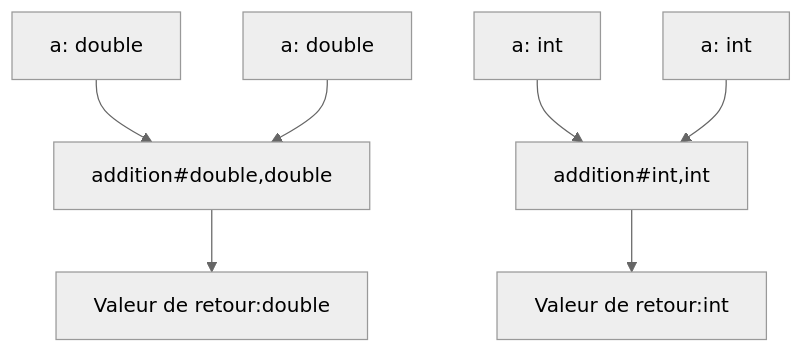
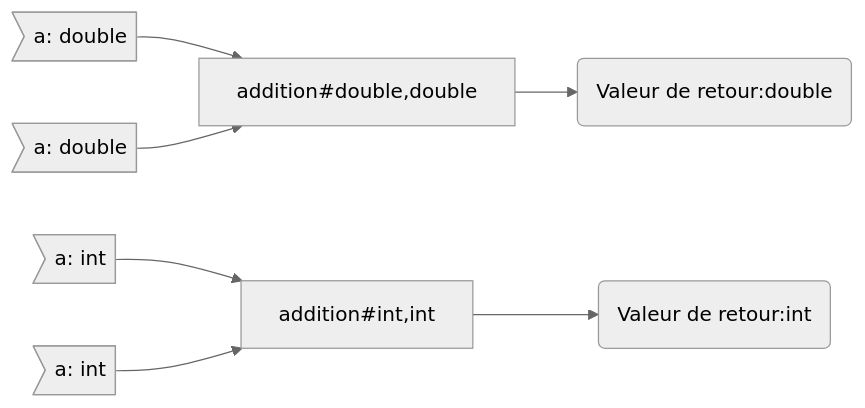
One commit to Altaks/Cours-IUT changed the diagram in DEV/2. Les fonctions/3. La surcharge de fonction.md. Above: the diagram before and after it, drawn with Mermaid (neutral theme). The commit also changed other lines of this file and 31 other files, not shown here.

````diff
--- a/DEV/2. Les fonctions/3. La surcharge de fonction.md
+++ b/DEV/2. Les fonctions/3. La surcharge de fonction.md
@@ -15,17 +32,17 @@
 ```mermaid
-graph TD
+graph LR
 
-    A[a: double]-->C[addition#double,double]
+    A>a: double]-->C[addition#double,double]
 
-    B[a: double]-->C[addition#double,double]
+    B>a: double]-->C[addition#double,double]
 
-    C[addition#double,double]-->D[Valeur de retour:double]
+    C[addition#double,double]-->D(Valeur de retour:double)
 
   
 
-    a[a: int]-->c[addition#int,int]
+    a>a: int]-->c[addition#int,int]
 
-    b[a: int]-->c[addition#int,int]
+    b>a: int]-->c[addition#int,int]
 
-    c[addition#int,int]-->d[Valeur de retour:int]
+    c[addition#int,int]-->d(Valeur de retour:int)
 ```
````
